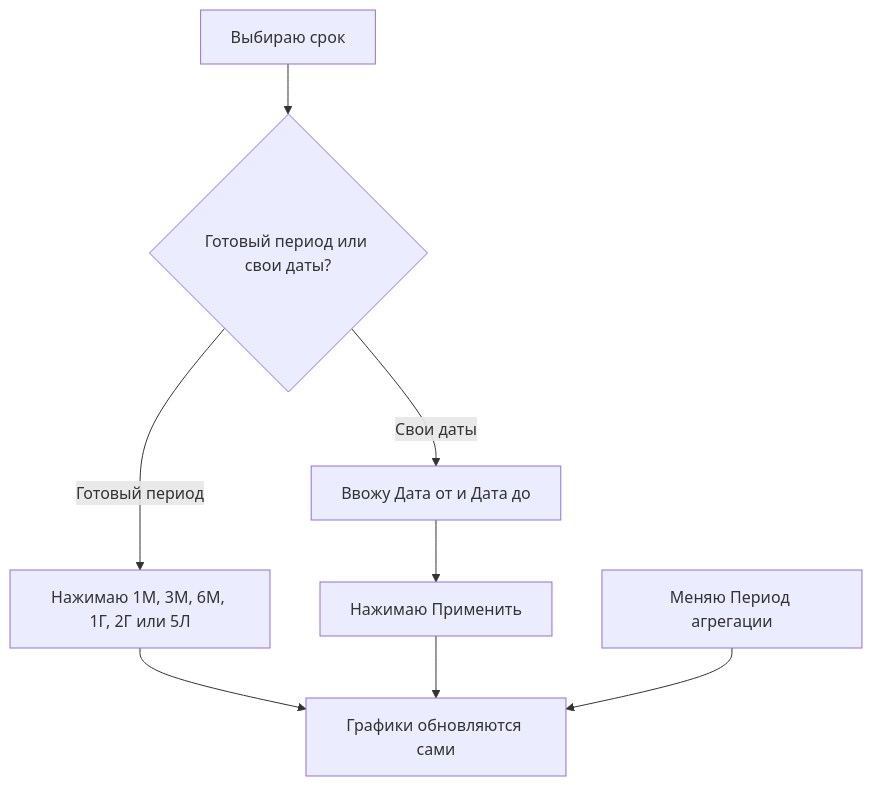
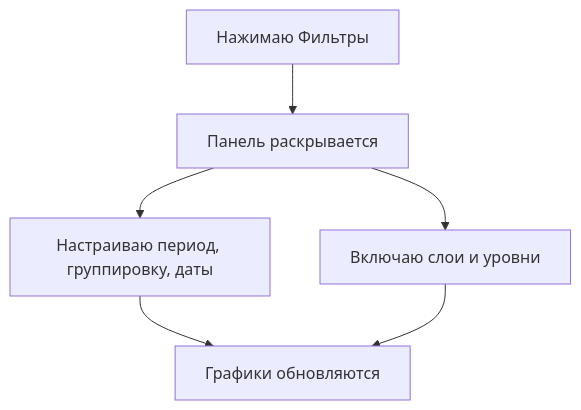
The first of 2 diagrams in content/guides/rukovodstvo-polzovatelia/kursy-valyut-i-dragmetallov/index.md (Red-Panda-Dev/tokenbel-wiki), drawn with Mermaid before and after one commit. The commit also changed other lines of this file, not shown here.

````diff
--- a/content/guides/rukovodstvo-polzovatelia/kursy-valyut-i-dragmetallov/index.md
+++ b/content/guides/rukovodstvo-polzovatelia/kursy-valyut-i-dragmetallov/index.md
@@ -62,10 +38,8 @@
 ```mermaid
 flowchart TD
-    A[Выбираю срок] --> B{Готовый период или свои даты?}
-    B -- Готовый период --> C[Нажимаю 1М, 3М, 6М, 1Г, 2Г или 5Л]
-    B -- Свои даты --> D[Ввожу Дата от и Дата до]
-    C --> E[Графики обновляются сами]
-    D --> F[Нажимаю Применить]
-    F --> E
-    G[Меняю Период агрегации] --> E
+    A[Нажимаю Фильтры] --> B[Панель раскрывается]
+    B --> C[Настраиваю период, группировку, даты]
+    B --> D[Включаю слои и уровни]
+    C --> E[Графики обновляются]
+    D --> E
 ```
````
